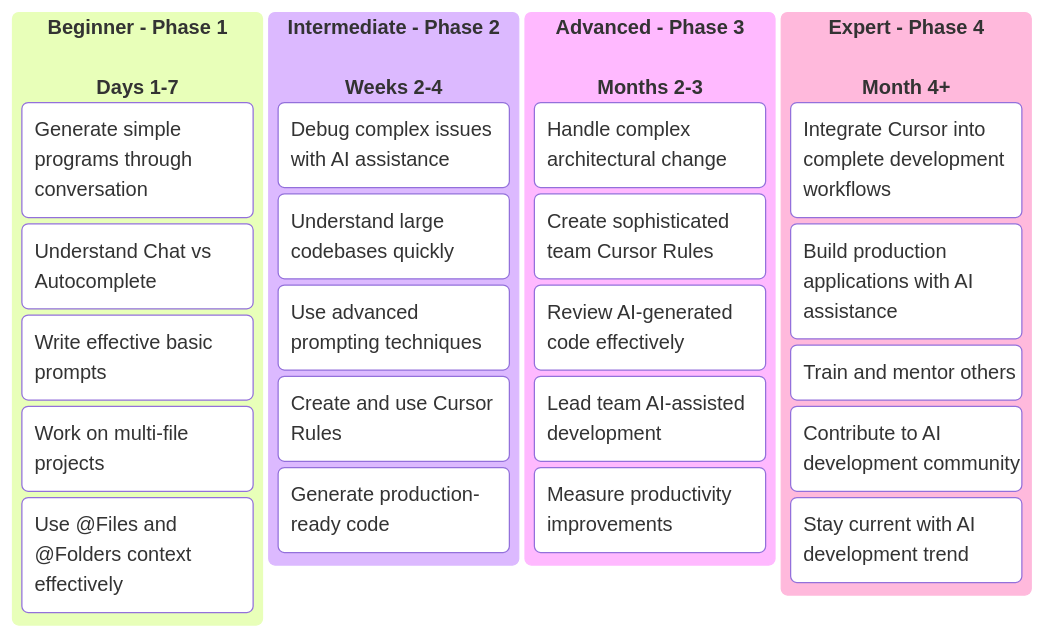
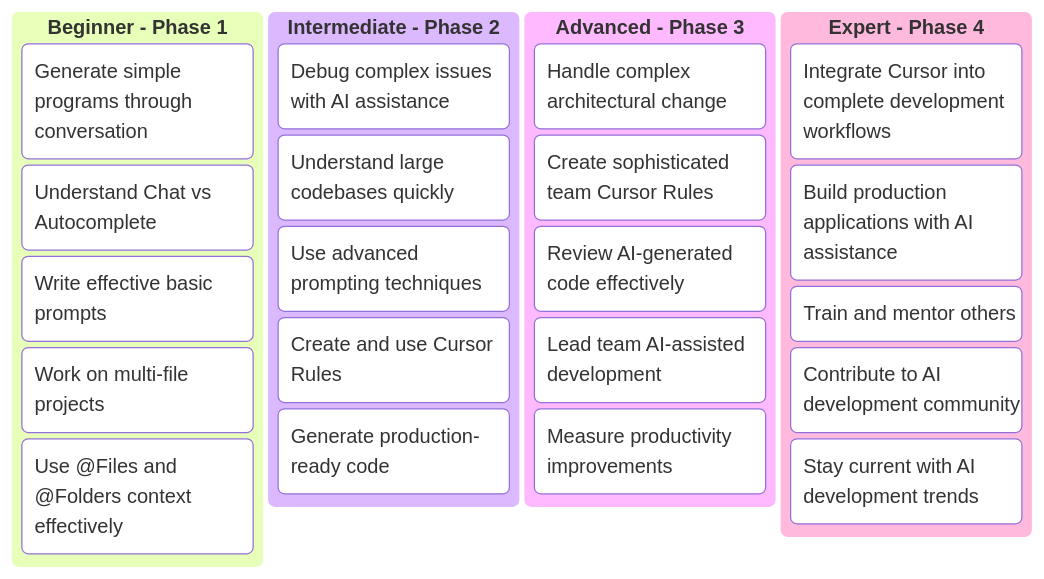
The fourth of 5 diagrams in _posts/2025-08-23-cursor-pro-zero-expert.md (sumahiremath/buildtales), drawn with Mermaid before and after one commit. The commit also changed other lines of this file, not shown here.

`````diff
--- a/_posts/2025-08-23-cursor-pro-zero-expert.md
+++ b/_posts/2025-08-23-cursor-pro-zero-expert.md
@@ -369,31 +363,27 @@
-````mermaid
----
-config:
-  kanban:
----
+```mermaid
 kanban
-  **Beginner - Phase 1 <br/><br/>Days 1-7**
-    [Generate simple programs through conversation]
-    [Understand Chat vs Autocomplete]
-    [Write effective basic prompts]
-    [Work on multi-file projects]
-    [Use @Files and @Folders context effectively]
-  **Intermediate - Phase 2<br/><br/>Weeks 2-4**
-    [Debug complex issues with AI assistance]
-    [Understand large codebases quickly]
-    [Use advanced prompting techniques]
-    [Create and use Cursor Rules]
-    [Generate production-ready code]
-  [**Advanced - Phase 3<br><br>Months 2-3**]
-    [Handle complex architectural change]
-    [Create sophisticated team Cursor Rules]
-    [Review AI-generated code effectively]
-    [Lead team AI-assisted development]
-    [Measure productivity improvements]
-  [**Expert - Phase 4<br><br>Month 4+**]
-    [Integrate Cursor into complete development workflows]
-    [Build production applications with AI assistance]
-    [Train and mentor others]
-    [Contribute to AI development community]
-    [Stay current with AI development trend]
-````
+  **Beginner - Phase 1**
+    ["Generate simple programs through conversation"]
+    ["Understand Chat vs Autocomplete"]
+    ["Write effective basic prompts"]
+    ["Work on multi-file projects"]
+    ["Use @Files and @Folders context effectively"]
+  **Intermediate - Phase 2**
+    ["Debug complex issues with AI assistance"]
+    ["Understand large codebases quickly"]
+    ["Use advanced prompting techniques"]
+    ["Create and use Cursor Rules"]
+    ["Generate production-ready code"]
+  **Advanced - Phase 3**
+    ["Handle complex architectural change"]
+    ["Create sophisticated team Cursor Rules"]
+    ["Review AI-generated code effectively"]
+    ["Lead team AI-assisted development"]
+    ["Measure productivity improvements"]
+  **Expert - Phase 4**
+    ["Integrate Cursor into complete development workflows"]
+    ["Build production applications with AI assistance"]
+    ["Train and mentor others"]
+    ["Contribute to AI development community"]
+    ["Stay current with AI development trends"]
+```
`````
